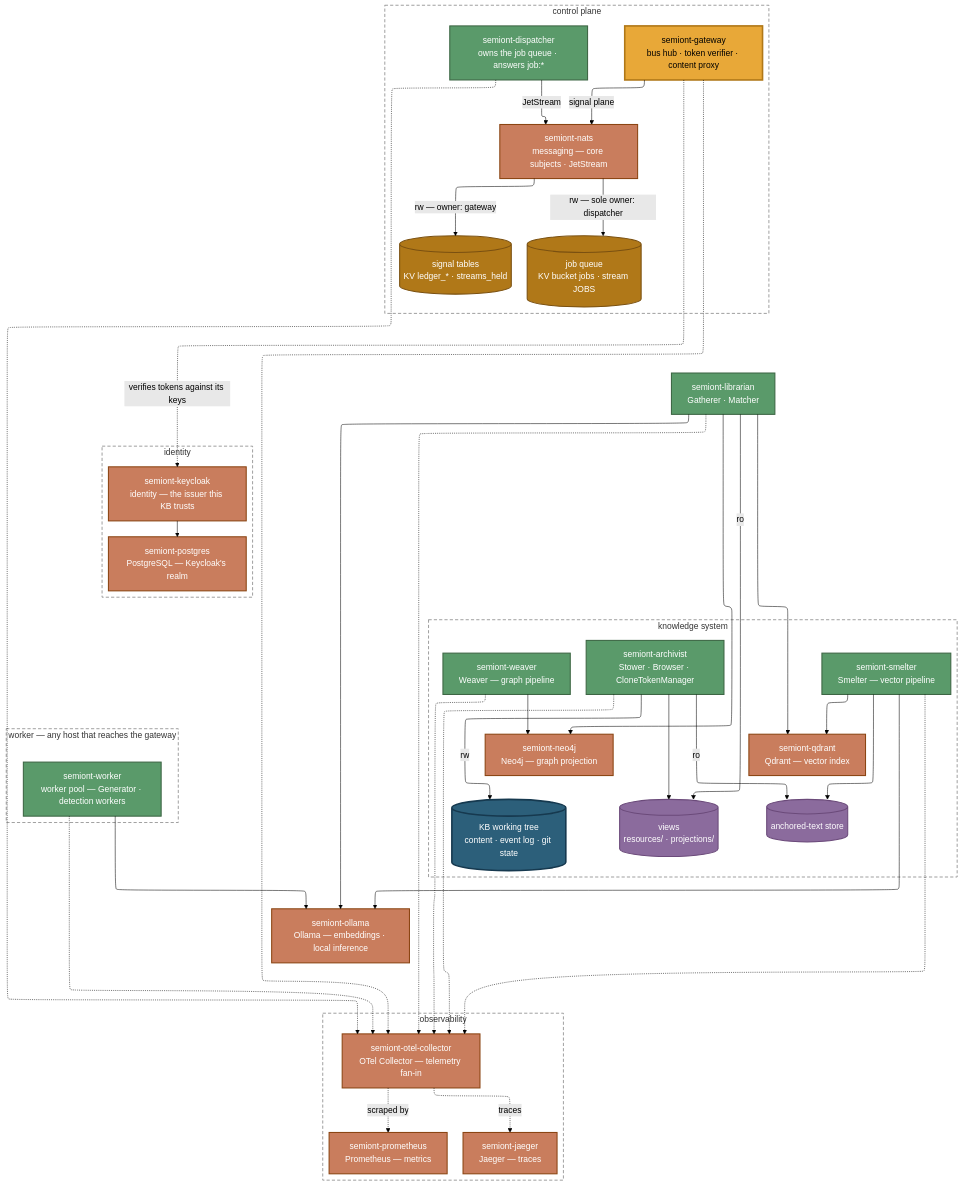
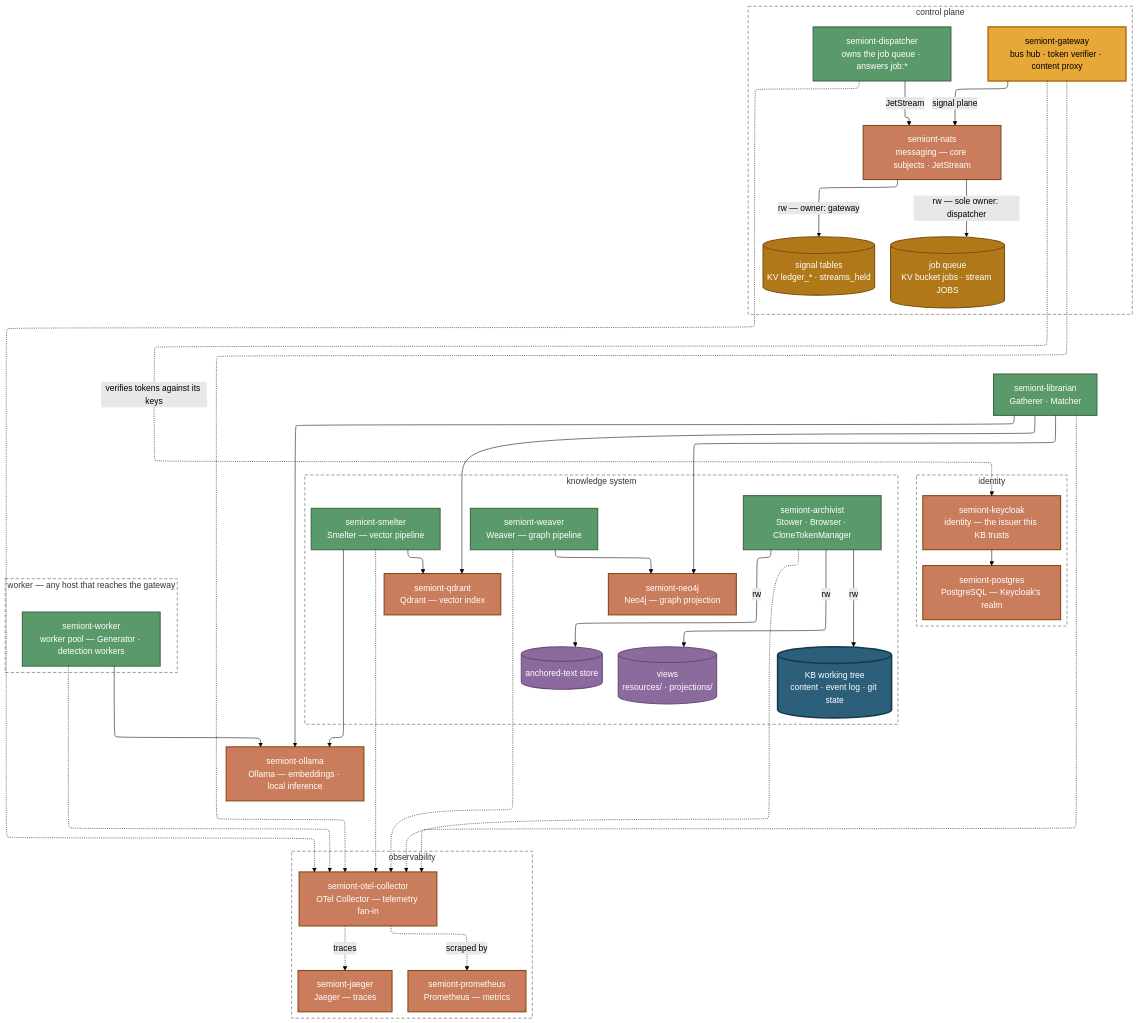
The second of 2 diagrams in docs/operator/CONTAINER-TOPOLOGY.md (The-AI-Alliance/semiont), drawn with Mermaid (forest theme) before and after one commit. The commit also changed other lines of this file and 1 other file, not shown here.

```diff
--- a/docs/operator/CONTAINER-TOPOLOGY.md
+++ b/docs/operator/CONTAINER-TOPOLOGY.md
@@ -139,10 +139,8 @@
     end
 
     ARCH -->|rw| TREE
-    ARCH --> VIEWS
-    LIB -->|ro| VIEWS
-    SMELT --> ANCH
-    ARCH -->|ro| ANCH
+    ARCH -->|rw| VIEWS
+    ARCH -->|rw| ANCH
     GW -->|signal plane| NATS
     DISP -->|JetStream| NATS
     NATS -->|rw — sole owner: dispatcher| JS
```
